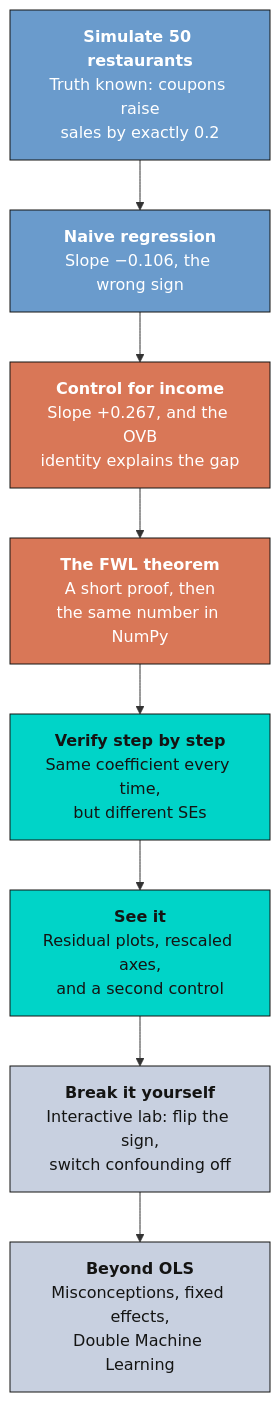
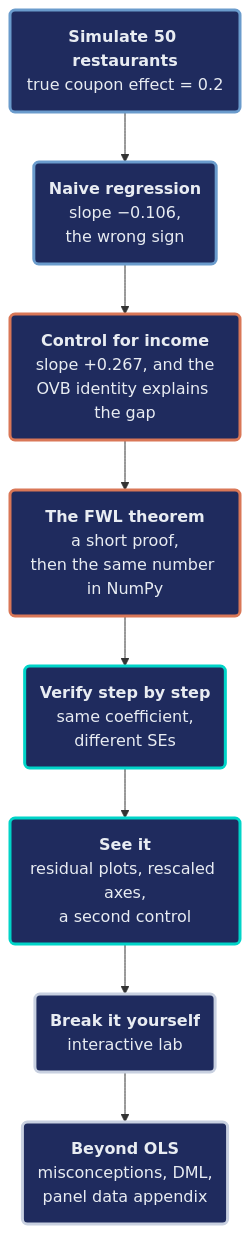
Before and after one commit to cmg777/starter-academic-v501: the first of 2 diagrams in content/post/python_fwl/references/tutorial.qmd, drawn with Mermaid. The commit also changed other lines of this file and 42 other files, not shown here.

First line of the commit message:
content(mermaid): restyle Mermaid copies in tutorial sources and the LaLonde slide deck

````diff
--- a/content/post/python_fwl/references/tutorial.qmd
+++ b/content/post/python_fwl/references/tutorial.qmd
@@ -113,18 +113,18 @@
 ```{mermaid}
 graph TD
-    A["<b>Simulate 50 restaurants</b><br/>Truth known: coupons raise<br/>sales by exactly 0.2"] --> B["<b>Naive regression</b><br/>Slope −0.106, the wrong sign"]
-    B --> C["<b>Control for income</b><br/>Slope +0.267, and the OVB<br/>identity explains the gap"]
-    C --> D["<b>The FWL theorem</b><br/>A short proof, then<br/>the same number in NumPy"]
-    D --> E["<b>Verify step by step</b><br/>Same coefficient every time,<br/>but different SEs"]
-    E --> F["<b>See it</b><br/>Residual plots, rescaled axes,<br/>and a second control"]
-    F --> G["<b>Break it yourself</b><br/>Interactive lab: flip the sign,<br/>switch confounding off"]
-    G --> H["<b>Beyond OLS</b><br/>Misconceptions, fixed effects,<br/>Double Machine Learning"]
-    style A fill:#6a9bcc,stroke:#141413,color:#fff
-    style B fill:#6a9bcc,stroke:#141413,color:#fff
-    style C fill:#d97757,stroke:#141413,color:#fff
-    style D fill:#d97757,stroke:#141413,color:#fff
-    style E fill:#00d4c8,stroke:#141413,color:#141413
-    style F fill:#00d4c8,stroke:#141413,color:#141413
-    style G fill:#c8d0e0,stroke:#141413,color:#141413
-    style H fill:#c8d0e0,stroke:#141413,color:#141413
+    A("<b>Simulate 50 restaurants</b><br/>true coupon effect = 0.2") --> B("<b>Naive regression</b><br/>slope −0.106,<br/>the wrong sign")
+    B --> C("<b>Control for income</b><br/>slope +0.267, and the<br/>OVB identity explains the gap")
+    C --> D("<b>The FWL theorem</b><br/>a short proof,<br/>then the same number in NumPy")
+    D --> E("<b>Verify step by step</b><br/>same coefficient,<br/>different SEs")
+    E --> F("<b>See it</b><br/>residual plots, rescaled axes,<br/>a second control")
+    F --> G("<b>Break it yourself</b><br/>interactive lab")
+    G --> H("<b>Beyond OLS</b><br/>misconceptions, DML,<br/>panel data appendix")
+    classDef puzzle fill:#1f2b5e,stroke:#6a9bcc,stroke-width:3px,color:#e8ecf2
+    classDef solve fill:#1f2b5e,stroke:#d97757,stroke-width:3px,color:#e8ecf2
+    classDef check fill:#1f2b5e,stroke:#00d4c8,stroke-width:3px,color:#e8ecf2
+    classDef practice fill:#1f2b5e,stroke:#c8d0e0,stroke-width:3px,color:#e8ecf2
+    class A,B puzzle
+    class C,D solve
+    class E,F check
+    class G,H practice
 ```
````
